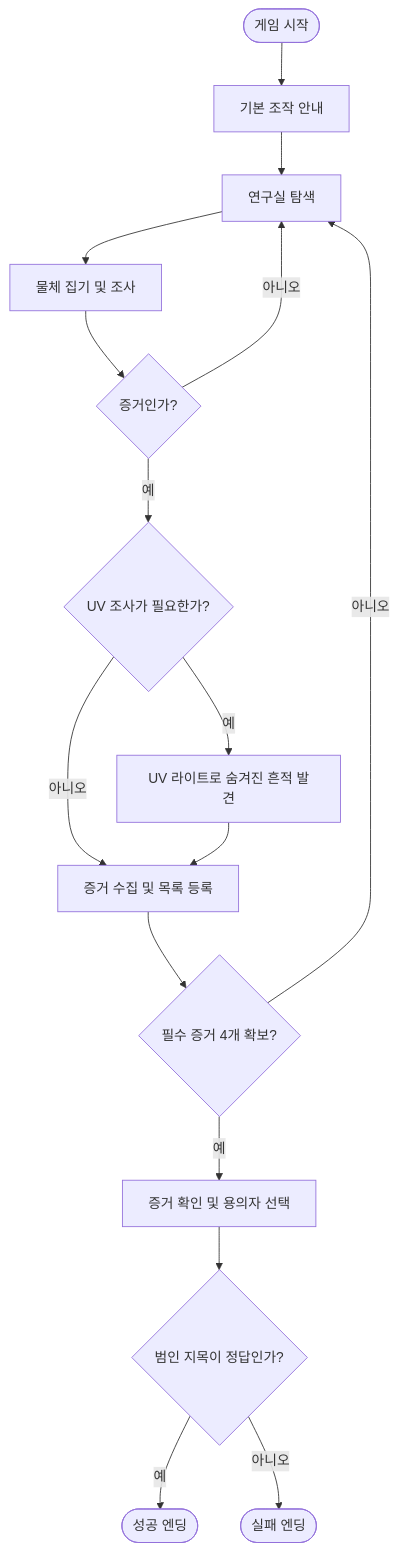
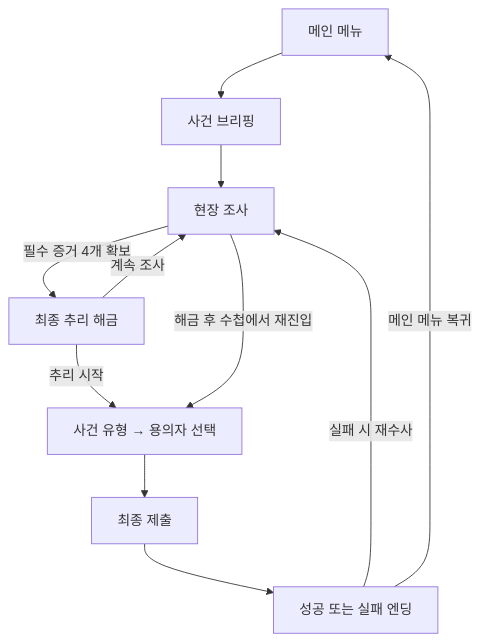
Before and after one commit to dodoria721/ROOM-404-VR-Crime-Scene-Investigation: the diagram in README.md, drawn with Mermaid. The commit also changed other lines of this file and 1 other file, not shown here.

````diff
--- a/README.md
+++ b/README.md
@@ -50,18 +51,13 @@
 ```mermaid
 flowchart TD
-    A([게임 시작]) --> B[기본 조작 안내]
-    B --> C[연구실 탐색]
-    C --> D[물체 집기 및 조사]
-    D --> E{증거인가?}
-    E -- 아니오 --> C
-    E -- 예 --> F{UV 조사가 필요한가?}
-    F -- 예 --> G[UV 라이트로 숨겨진 흔적 발견]
-    F -- 아니오 --> H[증거 수집 및 목록 등록]
-    G --> H
-    H --> I{필수 증거 4개 확보?}
-    I -- 아니오 --> C
-    I -- 예 --> J[증거 확인 및 용의자 선택]
-    J --> K{범인 지목이 정답인가?}
-    K -- 예 --> L([성공 엔딩])
-    K -- 아니오 --> M([실패 엔딩])
+    A["메인 메뉴"] --> B["사건 브리핑"]
+    B --> C["현장 조사"]
+    C -->|"필수 증거 4개 확보"| D["최종 추리 해금"]
+    D -->|"계속 조사"| C
+    D -->|"추리 시작"| E["사건 유형 → 용의자 선택"]
+    C -->|"해금 후 수첩에서 재진입"| E
+    E --> F["최종 제출"]
+    F --> G["성공 또는 실패 엔딩"]
+    G -->|"실패 시 재수사"| C
+    G -->|"메인 메뉴 복귀"| A
 ```
````
